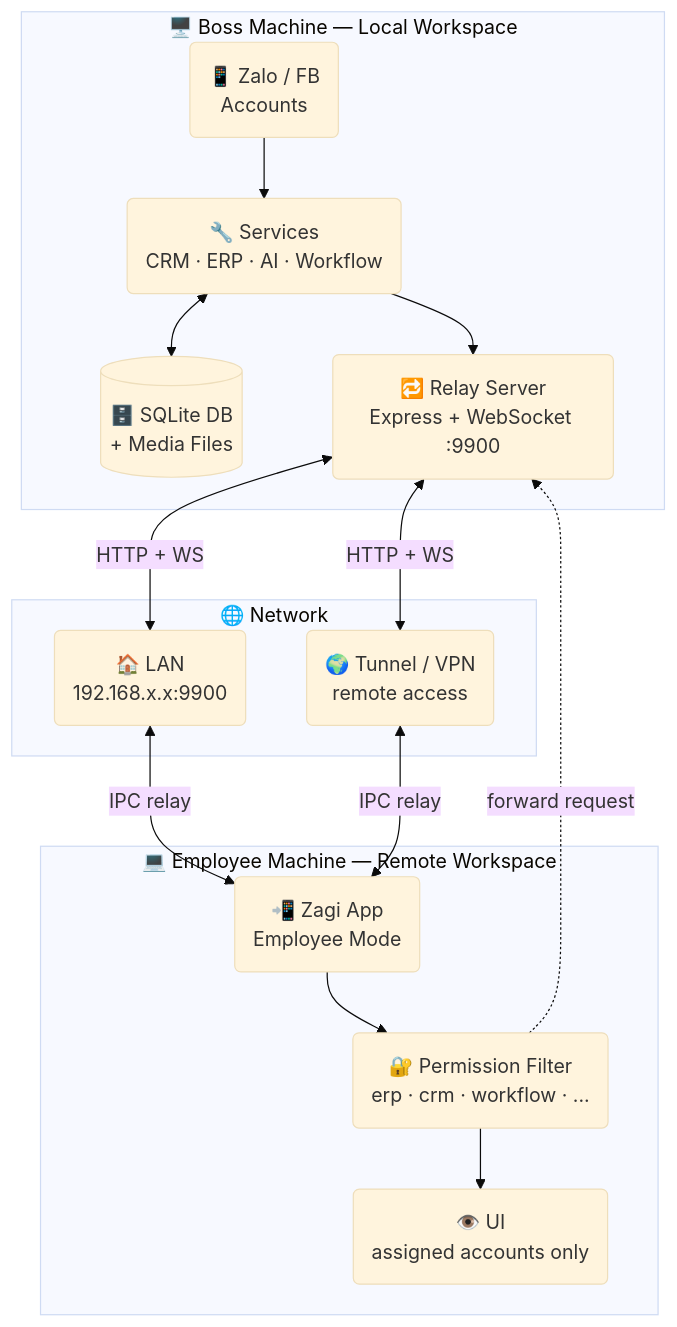
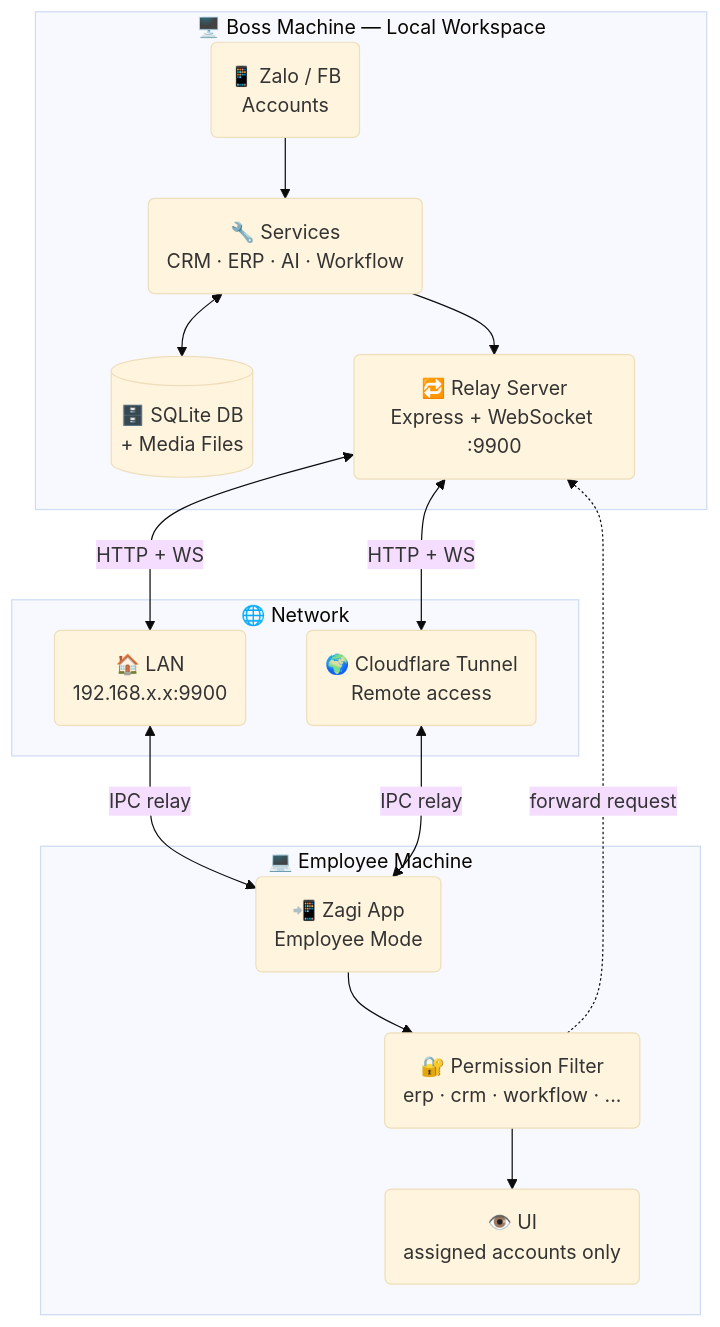
Before and after one commit to trithucnen-max/zagi-builder: the second of 2 diagrams in README.en.md, drawn with Mermaid (base theme). The commit also changed other lines of this file and 2 other files, not shown here.

````diff
--- a/README.en.md
+++ b/README.en.md
@@ -247,29 +286,26 @@
 ```mermaid
 flowchart TB
     subgraph BOSS["🖥️ Boss Machine — Local Workspace"]
         BZ("📱 Zalo / FB\nAccounts")
         BSV("🔧 Services\nCRM · ERP · AI · Workflow")
         BSD[("🗄️ SQLite DB\n+ Media Files")]
         BRL("🔁 Relay Server\nExpress + WebSocket :9900")
     end
-
     subgraph NET["🌐 Network"]
         LAN("🏠 LAN\n192.168.x.x:9900")
-        WAN("🌍 Tunnel / VPN\nremote access")
+        WAN("🌍 Cloudflare Tunnel\nRemote access")
     end
-
-    subgraph EMP["💻 Employee Machine — Remote Workspace"]
+    subgraph EMP["💻 Employee Machine"]
         EA("📲 Zagi App\nEmployee Mode")
         EP("🔐 Permission Filter\nerp · crm · workflow · ...")
         EU("👁️ UI\nassigned accounts only")
     end
-
     BZ --> BSV
     BSV <--> BSD
     BSV --> BRL
     BRL <-->|HTTP + WS| LAN & WAN
     LAN <-->|IPC relay| EA
     WAN <-->|IPC relay| EA
     EA --> EP --> EU
     EP -.->|forward request| BRL
 ```
````
